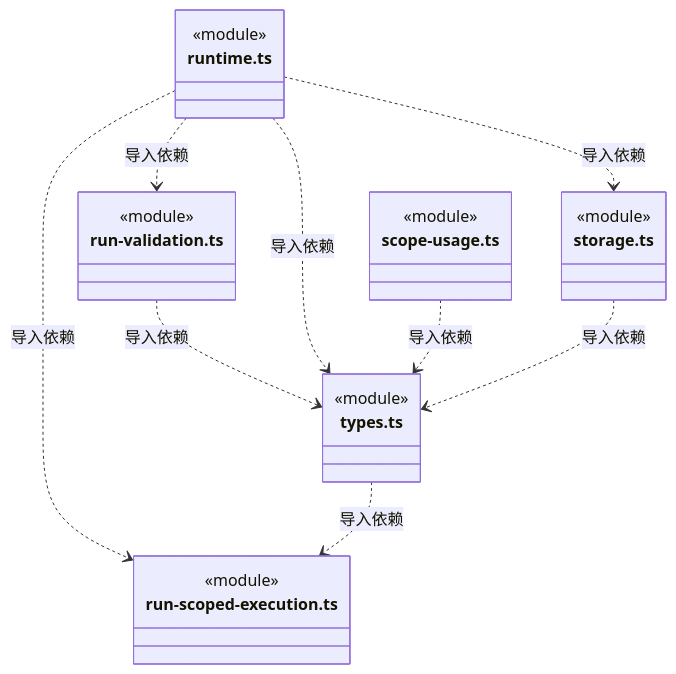
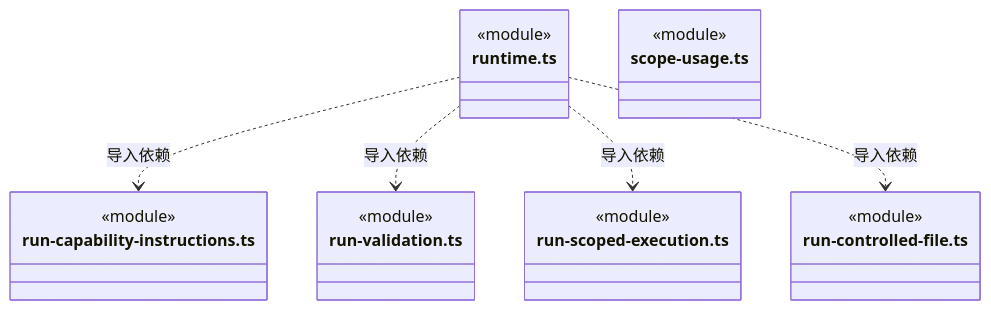
One commit to nan023062/cbim changed the fourth of 18 diagrams in src/backend/core/brain/ARCHITECTURE.md. Above: the diagram before and after it, drawn with Mermaid. The commit also changed other lines of this file and 50 other files, not shown here.

````diff
--- a/src/backend/core/brain/ARCHITECTURE.md
+++ b/src/backend/core/brain/ARCHITECTURE.md
@@ -110,29 +114,25 @@
 ```mermaid
 classDiagram
+class N_src_backend_core_brain_run_capability_instructions_ts["run-capability-instructions.ts"] {
+  <<module>>
+}
+class N_src_backend_core_brain_run_controlled_file_ts["run-controlled-file.ts"] {
+  <<module>>
+}
 class N_src_backend_core_brain_run_scoped_execution_ts["run-scoped-execution.ts"] {
   <<module>>
 }
 class N_src_backend_core_brain_run_validation_ts["run-validation.ts"] {
   <<module>>
 }
 class N_src_backend_core_brain_runtime_ts["runtime.ts"] {
   <<module>>
 }
 class N_src_backend_core_brain_scope_usage_ts["scope-usage.ts"] {
   <<module>>
 }
-class N_src_backend_core_brain_storage_ts["storage.ts"] {
-  <<module>>
-}
-class N_src_backend_core_brain_types_ts["types.ts"] {
-  <<module>>
-}
-N_src_backend_core_brain_run_validation_ts ..> N_src_backend_core_brain_types_ts : 导入依赖
-N_src_backend_core_brain_runtime_ts ..> N_src_backend_core_brain_storage_ts : 导入依赖
+N_src_backend_core_brain_runtime_ts ..> N_src_backend_core_brain_run_capability_instructions_ts : 导入依赖
 N_src_backend_core_brain_runtime_ts ..> N_src_backend_core_brain_run_validation_ts : 导入依赖
 N_src_backend_core_brain_runtime_ts ..> N_src_backend_core_brain_run_scoped_execution_ts : 导入依赖
-N_src_backend_core_brain_runtime_ts ..> N_src_backend_core_brain_types_ts : 导入依赖
-N_src_backend_core_brain_scope_usage_ts ..> N_src_backend_core_brain_types_ts : 导入依赖
-N_src_backend_core_brain_storage_ts ..> N_src_backend_core_brain_types_ts : 导入依赖
-N_src_backend_core_brain_types_ts ..> N_src_backend_core_brain_run_scoped_execution_ts : 导入依赖
+N_src_backend_core_brain_runtime_ts ..> N_src_backend_core_brain_run_controlled_file_ts : 导入依赖
 ```
````
